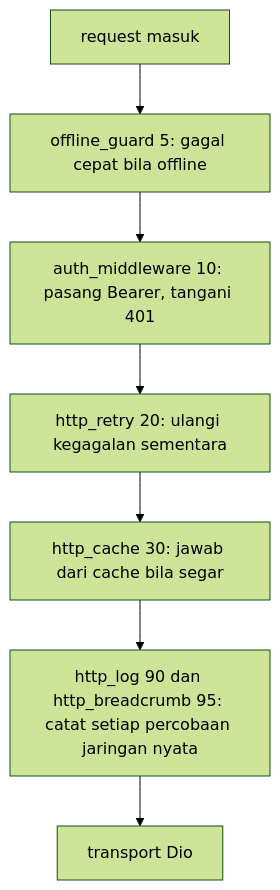
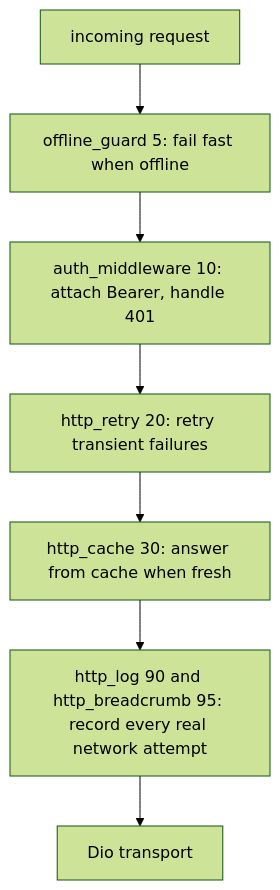
One commit to MTegarPamungkas/kiln changed the second of 2 diagrams in docs/_wip/source.md. Above: the diagram before and after it, drawn with Mermaid (forest theme). The commit also changed other lines of this file and 121 other files, not shown here.

````diff
--- a/docs/_wip/source.md
+++ b/docs/_wip/source.md
@@ -1813,9 +1813,9 @@
 ```mermaid
 flowchart TD
-    A[request masuk] --> B[offline_guard 5: gagal cepat bila offline]
-    B --> C[auth_middleware 10: pasang Bearer, tangani 401]
-    C --> D[http_retry 20: ulangi kegagalan sementara]
-    D --> E[http_cache 30: jawab dari cache bila segar]
-    E --> F[http_log 90 dan http_breadcrumb 95: catat setiap percobaan jaringan nyata]
-    F --> G[transport Dio]
+    A[incoming request] --> B[offline_guard 5: fail fast when offline]
+    B --> C[auth_middleware 10: attach Bearer, handle 401]
+    C --> D[http_retry 20: retry transient failures]
+    D --> E[http_cache 30: answer from cache when fresh]
+    E --> F[http_log 90 and http_breadcrumb 95: record every real network attempt]
+    F --> G[Dio transport]
 ```
````
